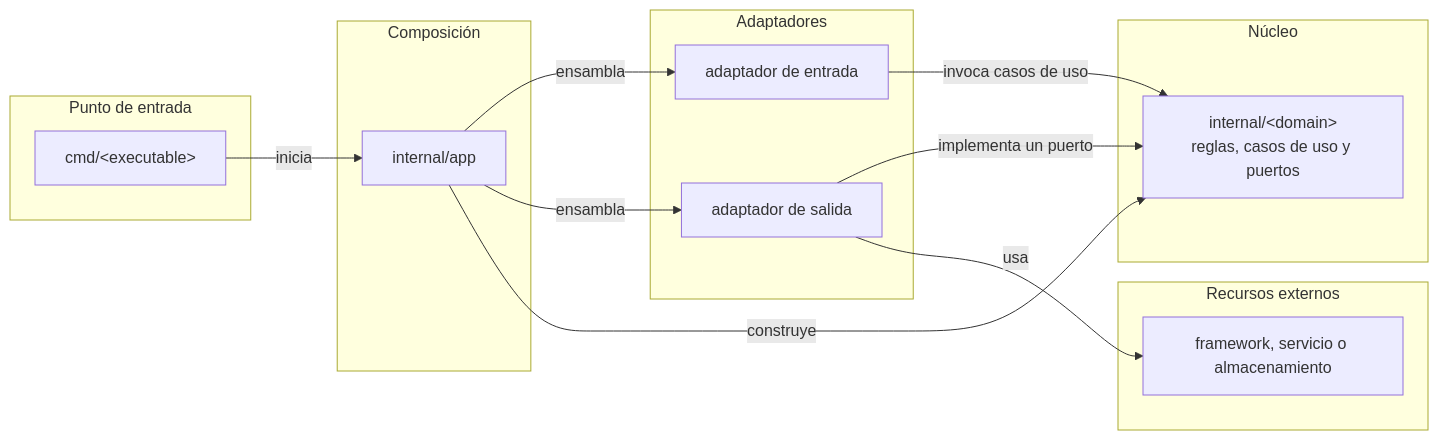
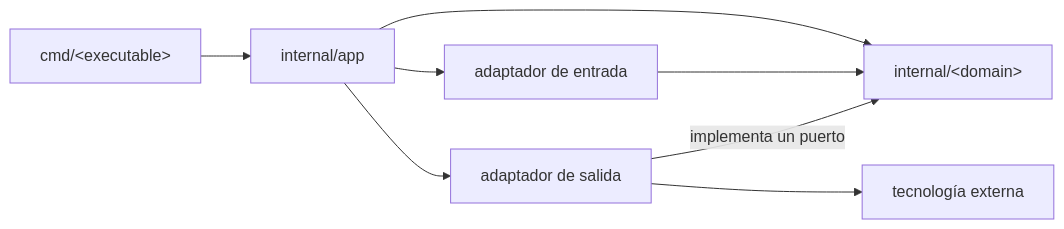
One commit to jorgeluis594/happy-memory changed the diagram in docs/architecture.md. Above: the diagram before and after it, drawn with Mermaid. The commit also changed other lines of this file, not shown here.

Commit message:
docs: condense architecture guidelines

````diff
--- a/docs/architecture.md
+++ b/docs/architecture.md
@@ -60,31 +47,10 @@
 ```mermaid
 flowchart LR
-    subgraph EntryPoint["Punto de entrada"]
-        CMD["cmd/&lt;executable&gt;"]
-    end
-
-    subgraph Composition["Composición"]
-        APP["internal/app"]
-    end
-
-    subgraph Adapters["Adaptadores"]
-        IN["adaptador de entrada"]
-        OUT["adaptador de salida"]
-    end
-
-    subgraph Core["Núcleo"]
-        DOMAIN["internal/&lt;domain&gt;<br/>reglas, casos de uso y puertos"]
-    end
-
-    subgraph External["Recursos externos"]
-        RESOURCE["framework, servicio o almacenamiento"]
-    end
-
-    CMD -->|inicia| APP
-    APP -->|ensambla| IN
-    APP -->|ensambla| OUT
-    APP -->|construye| DOMAIN
-    IN -->|invoca casos de uso| DOMAIN
+    CMD["cmd/&lt;executable&gt;"] --> APP["internal/app"]
+    APP --> IN["adaptador de entrada"]
+    APP --> OUT["adaptador de salida"]
+    APP --> DOMAIN["internal/&lt;domain&gt;"]
+    IN --> DOMAIN
     OUT -->|implementa un puerto| DOMAIN
-    OUT -->|usa| RESOURCE
+    OUT --> EXTERNAL["tecnología externa"]
 ```
````
